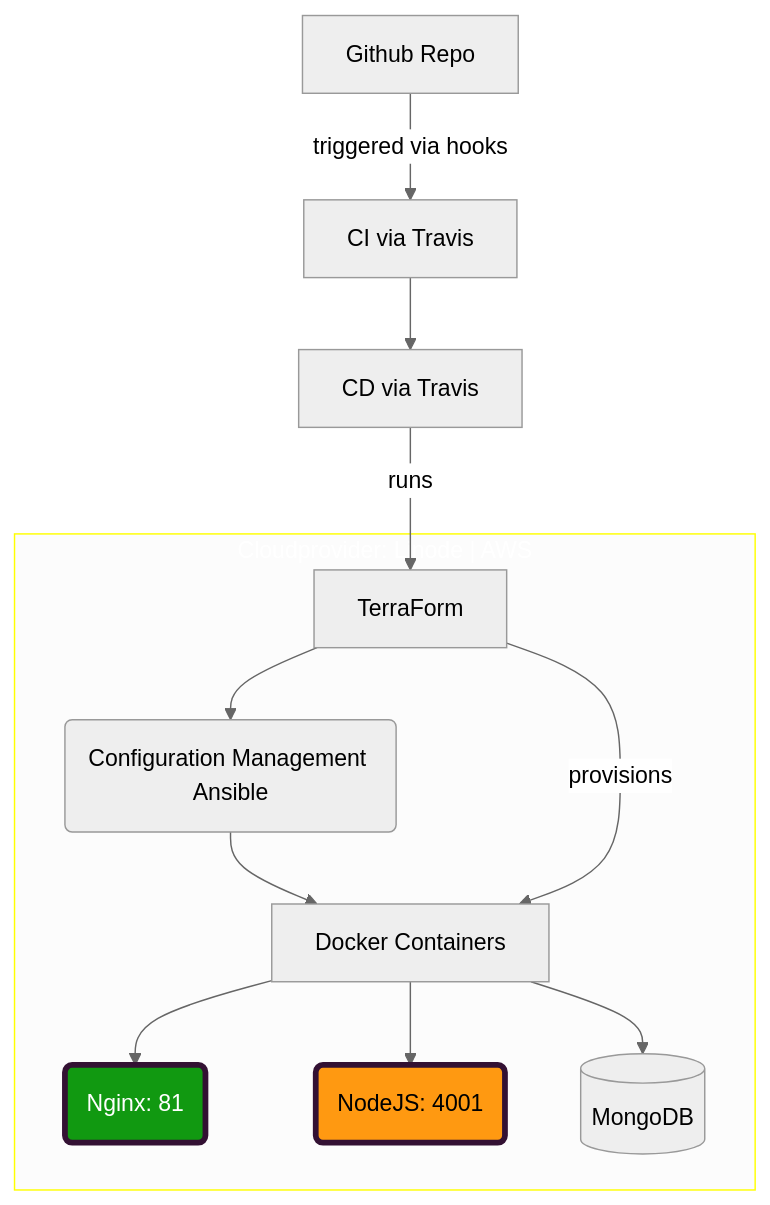
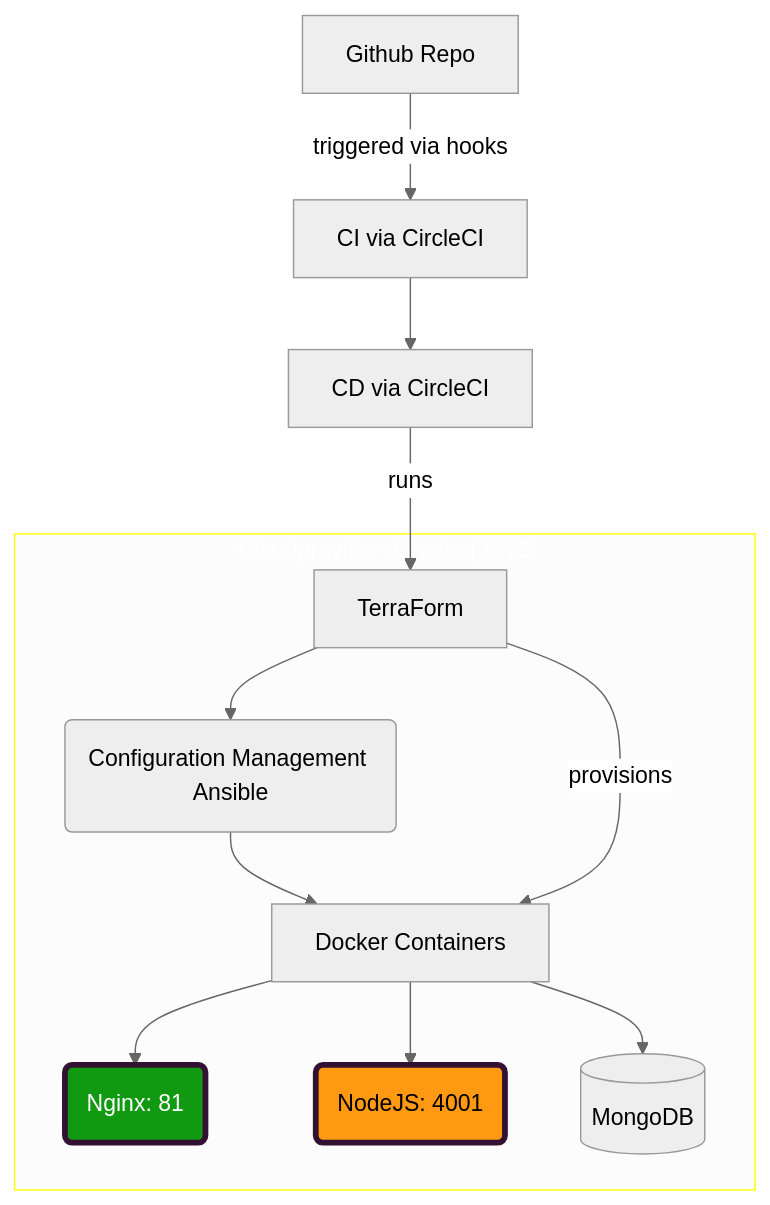
The first of 2 diagrams in concept.md (derrabauke/lecture-devops-app), drawn with Mermaid (neutral theme) before and after one commit. The commit also changed other lines of this file, not shown here.

Commit message:
Replace Travis with CircleCI

````diff
--- a/concept.md
+++ b/concept.md
@@ -24,17 +24,17 @@
 ```mermaid
 graph TB
-    GH[Github Repo] -->|triggered via hooks|CI[CI via Travis]
-    CI-->CD[CD via Travis]
+    GH[Github Repo] -->|triggered via hooks|CI[CI via CircleCI]
+    CI-->CD[CD via CircleCI]
     CD-->|runs|T[TerraForm]
     subgraph subID["Cloudprovider: Linode | AWS"]
       T-->A("Configuration Management Ansible")
       A-->C["Docker Containers"]
       T-->|provisions|C
       C-->F(Nginx: 81)
       C-->B(NodeJS: 4001)
       C-->DB[(MongoDB)]
     end
     style subID color:white,fill:#f9ff9,stroke:yellow
     style B color:black,fill:#f91,stroke:#313,stroke-width:4px
     style F color:white,fill:#191,stroke:#313,stroke-width:4px
 ```
````
